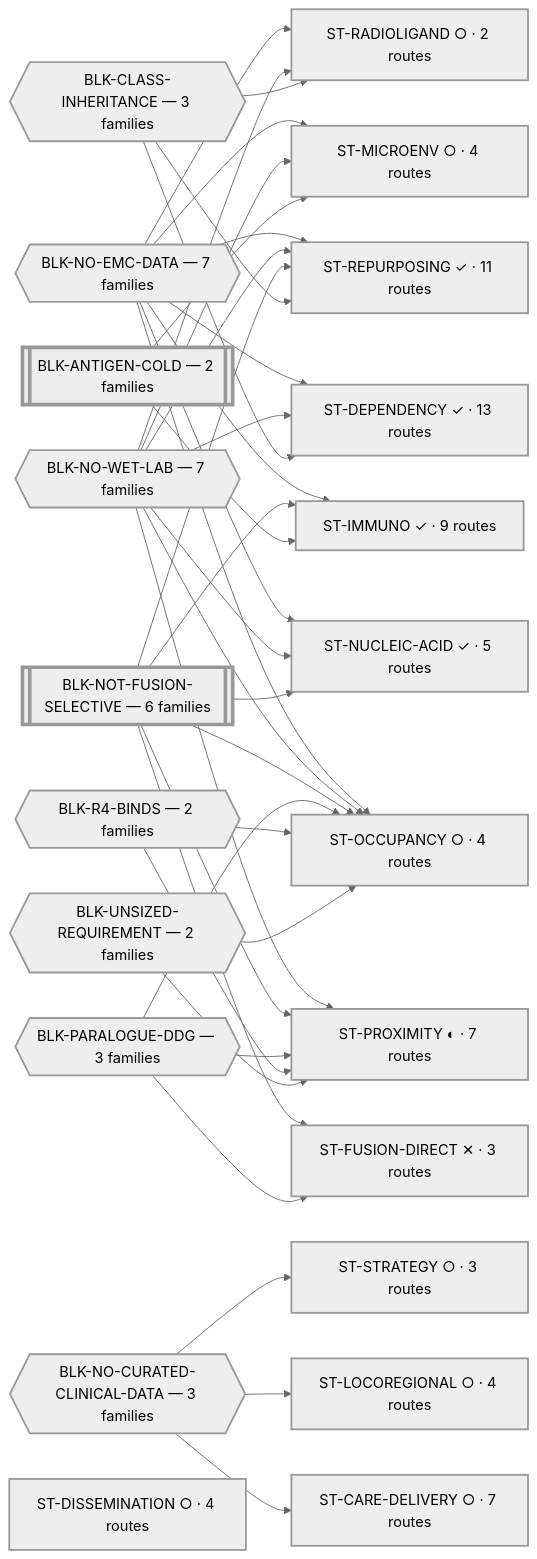
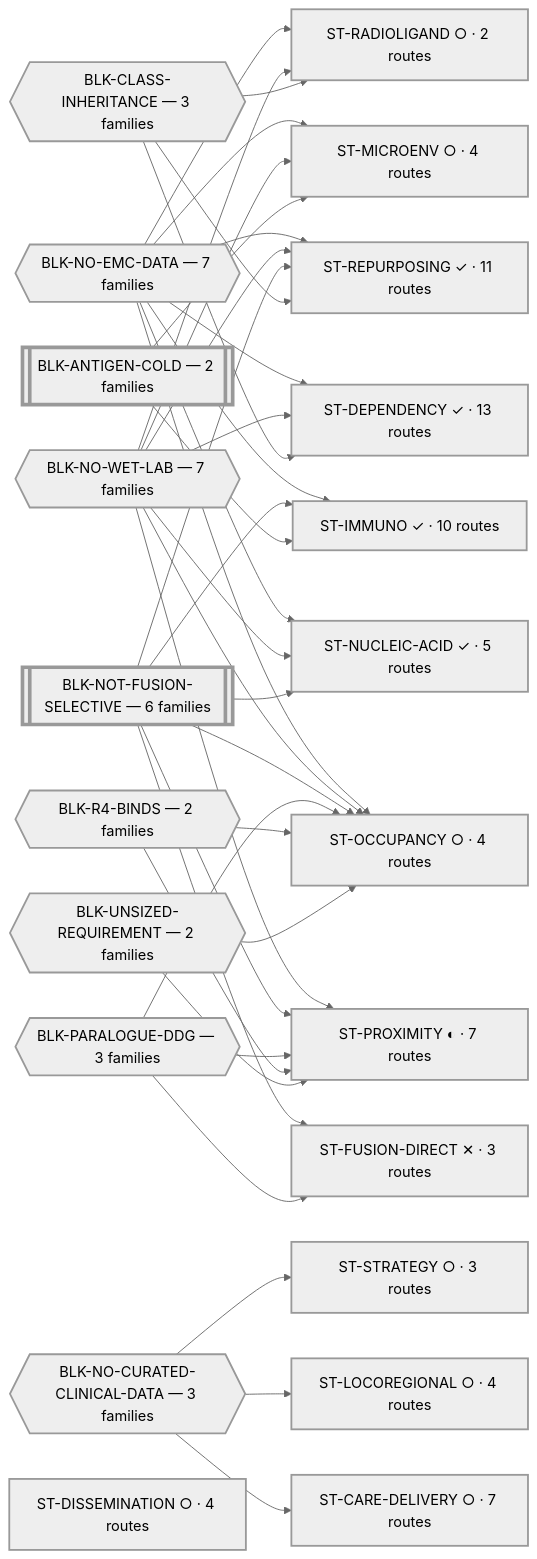
The diagram in systems/views/L0-ecosystem.md (trimcrae/Rare-cancers), drawn with Mermaid (neutral theme) before and after one commit. The commit also changed other lines of this file and 13 other files, not shown here.

````diff
--- a/systems/views/L0-ecosystem.md
+++ b/systems/views/L0-ecosystem.md
@@ -33,66 +33,66 @@
 ```mermaid
 flowchart LR
   BLK_NO_EMC_DATA{{"BLK-NO-EMC-DATA — 7 families"}}:::blk
   BLK_NO_WET_LAB{{"BLK-NO-WET-LAB — 7 families"}}:::blk
   BLK_NOT_FUSION_SELECTIVE[["BLK-NOT-FUSION-SELECTIVE — 6 families"]]:::perm
   BLK_CLASS_INHERITANCE{{"BLK-CLASS-INHERITANCE — 3 families"}}:::blk
   BLK_NO_CURATED_CLINICAL_DATA{{"BLK-NO-CURATED-CLINICAL-DATA — 3 families"}}:::blk
   BLK_PARALOGUE_DDG{{"BLK-PARALOGUE-DDG — 3 families"}}:::blk
   BLK_ANTIGEN_COLD[["BLK-ANTIGEN-COLD — 2 families"]]:::perm
   BLK_R4_BINDS{{"BLK-R4-BINDS — 2 families"}}:::blk
   BLK_UNSIZED_REQUIREMENT{{"BLK-UNSIZED-REQUIREMENT — 2 families"}}:::blk
 
   ST_DEPENDENCY["ST-DEPENDENCY ✓ · 13 routes"]:::fam
   ST_REPURPOSING["ST-REPURPOSING ✓ · 11 routes"]:::fam
-  ST_IMMUNO["ST-IMMUNO ✓ · 9 routes"]:::fam
+  ST_IMMUNO["ST-IMMUNO ✓ · 10 routes"]:::fam
   ST_CARE_DELIVERY["ST-CARE-DELIVERY ○ · 7 routes"]:::fam
   ST_PROXIMITY["ST-PROXIMITY ◐ · 7 routes"]:::fam
   ST_NUCLEIC_ACID["ST-NUCLEIC-ACID ✓ · 5 routes"]:::fam
   ST_DISSEMINATION["ST-DISSEMINATION ○ · 4 routes"]:::fam
   ST_LOCOREGIONAL["ST-LOCOREGIONAL ○ · 4 routes"]:::fam
   ST_MICROENV["ST-MICROENV ○ · 4 routes"]:::fam
   ST_OCCUPANCY["ST-OCCUPANCY ○ · 4 routes"]:::fam
   ST_FUSION_DIRECT["ST-FUSION-DIRECT ✕ · 3 routes"]:::fam
   ST_STRATEGY["ST-STRATEGY ○ · 3 routes"]:::fam
   ST_RADIOLIGAND["ST-RADIOLIGAND ○ · 2 routes"]:::fam
 
   BLK_NO_EMC_DATA --> ST_DEPENDENCY
   BLK_NO_EMC_DATA --> ST_IMMUNO
   BLK_NO_EMC_DATA --> ST_MICROENV
   BLK_NO_EMC_DATA --> ST_NUCLEIC_ACID
   BLK_NO_EMC_DATA --> ST_OCCUPANCY
   BLK_NO_EMC_DATA --> ST_RADIOLIGAND
   BLK_NO_EMC_DATA --> ST_REPURPOSING
   BLK_NO_WET_LAB --> ST_DEPENDENCY
   BLK_NO_WET_LAB --> ST_MICROENV
   BLK_NO_WET_LAB --> ST_NUCLEIC_ACID
   BLK_NO_WET_LAB --> ST_OCCUPANCY
   BLK_NO_WET_LAB --> ST_PROXIMITY
   BLK_NO_WET_LAB --> ST_RADIOLIGAND
   BLK_NO_WET_LAB --> ST_REPURPOSING
   BLK_NOT_FUSION_SELECTIVE --> ST_FUSION_DIRECT
   BLK_NOT_FUSION_SELECTIVE --> ST_IMMUNO
   BLK_NOT_FUSION_SELECTIVE --> ST_NUCLEIC_ACID
   BLK_NOT_FUSION_SELECTIVE --> ST_OCCUPANCY
   BLK_NOT_FUSION_SELECTIVE --> ST_PROXIMITY
   BLK_NOT_FUSION_SELECTIVE --> ST_REPURPOSING
   BLK_CLASS_INHERITANCE --> ST_DEPENDENCY
   BLK_CLASS_INHERITANCE --> ST_RADIOLIGAND
   BLK_CLASS_INHERITANCE --> ST_REPURPOSING
   BLK_NO_CURATED_CLINICAL_DATA --> ST_CARE_DELIVERY
   BLK_NO_CURATED_CLINICAL_DATA --> ST_LOCOREGIONAL
   BLK_NO_CURATED_CLINICAL_DATA --> ST_STRATEGY
   BLK_PARALOGUE_DDG --> ST_FUSION_DIRECT
   BLK_PARALOGUE_DDG --> ST_OCCUPANCY
   BLK_PARALOGUE_DDG --> ST_PROXIMITY
   BLK_ANTIGEN_COLD --> ST_IMMUNO
   BLK_ANTIGEN_COLD --> ST_MICROENV
   BLK_R4_BINDS --> ST_OCCUPANCY
   BLK_R4_BINDS --> ST_PROXIMITY
   BLK_UNSIZED_REQUIREMENT --> ST_OCCUPANCY
   BLK_UNSIZED_REQUIREMENT --> ST_PROXIMITY
   classDef fam stroke-width:2px;
   classDef blk stroke-width:2px;
   classDef perm stroke-width:4px;
   classDef tech stroke-width:1px,stroke-dasharray:4 3;
 ```
````
